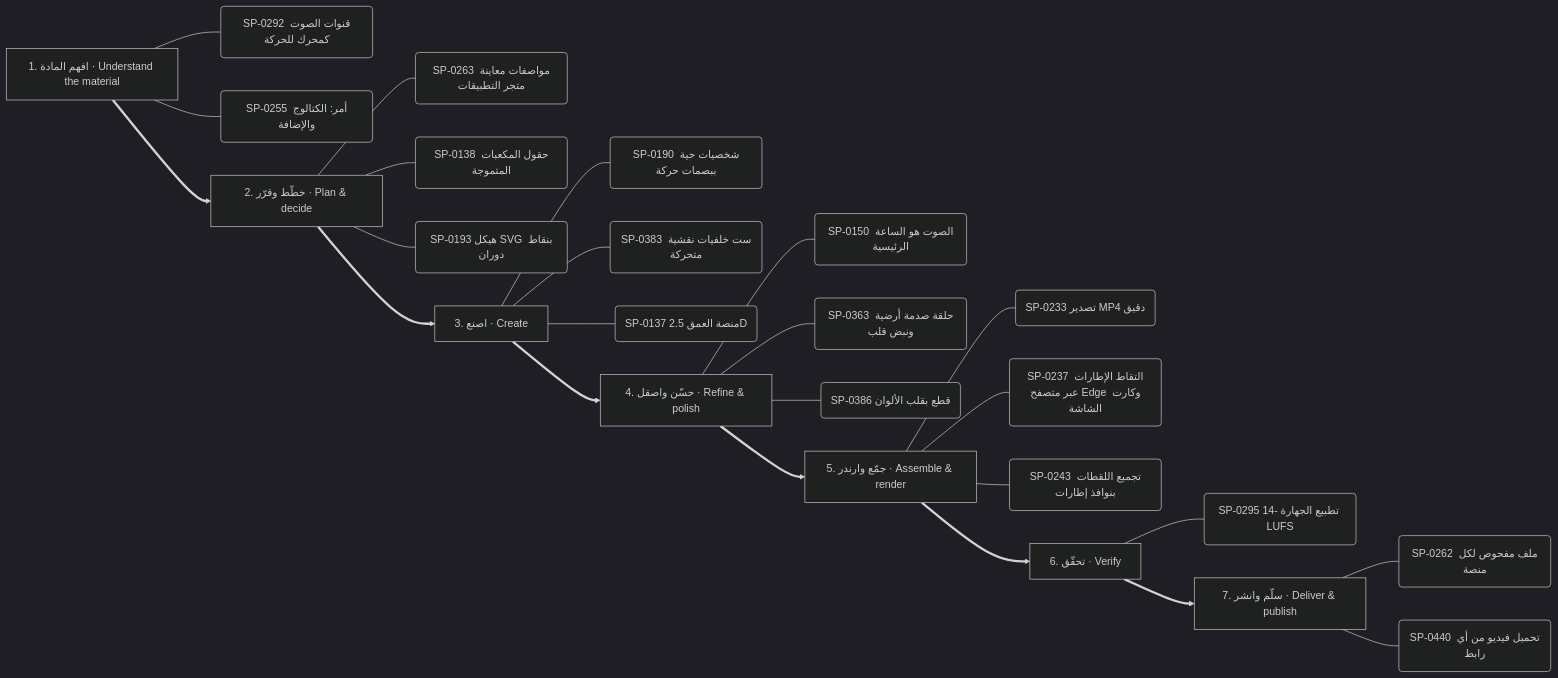
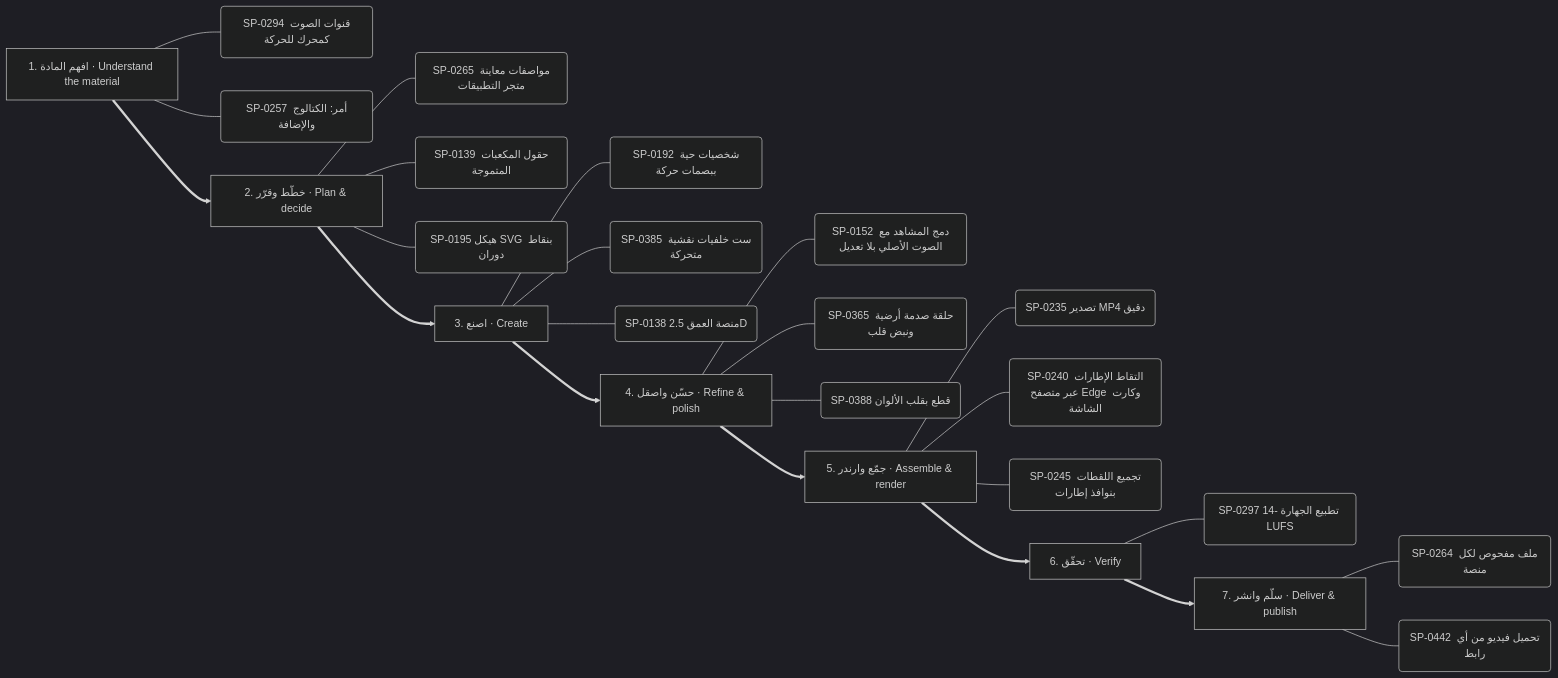
Before and after one commit to kosif199022-jpg/kosif-tool: the fourth of 13 diagrams in .claude/skills/kosif-superpowers/references/capability-mindmap.md, drawn with Mermaid (dark theme). The commit also changed other lines of this file and 67 other files, not shown here.

````diff
--- a/.claude/skills/kosif-superpowers/references/capability-mindmap.md
+++ b/.claude/skills/kosif-superpowers/references/capability-mindmap.md
@@ -227,33 +228,33 @@
 ```mermaid
 flowchart LR
   S0["1. افهم المادة · Understand the material"]
-  S0 --- S0_0("SP-0292 قنوات الصوت كمحرك للحركة")
-  S0 --- S0_1("SP-0255 أمر: الكتالوج والإضافة")
+  S0 --- S0_0("SP-0294 قنوات الصوت كمحرك للحركة")
+  S0 --- S0_1("SP-0257 أمر: الكتالوج والإضافة")
   S1["2. خطّط وقرّر · Plan & decide"]
-  S1 --- S1_0("SP-0263 مواصفات معاينة متجر التطبيقات")
-  S1 --- S1_1("SP-0138 حقول المكعبات المتموجة")
-  S1 --- S1_2("SP-0193 هيكل SVG بنقاط دوران")
+  S1 --- S1_0("SP-0265 مواصفات معاينة متجر التطبيقات")
+  S1 --- S1_1("SP-0139 حقول المكعبات المتموجة")
+  S1 --- S1_2("SP-0195 هيكل SVG بنقاط دوران")
   S0 ==> S1
   S2["3. اصنع · Create"]
-  S2 --- S2_0("SP-0190 شخصيات حية ببصمات حركة")
-  S2 --- S2_1("SP-0383 ست خلفيات نقشية متحركة")
-  S2 --- S2_2("SP-0137 منصة العمق 2.5D")
+  S2 --- S2_0("SP-0192 شخصيات حية ببصمات حركة")
+  S2 --- S2_1("SP-0385 ست خلفيات نقشية متحركة")
+  S2 --- S2_2("SP-0138 منصة العمق 2.5D")
   S1 ==> S2
   S3["4. حسّن واصقل · Refine & polish"]
-  S3 --- S3_0("SP-0150 الصوت هو الساعة الرئيسية")
-  S3 --- S3_1("SP-0363 حلقة صدمة أرضية ونبض قلب")
-  S3 --- S3_2("SP-0386 قطع بقلب الألوان")
+  S3 --- S3_0("SP-0152 دمج المشاهد مع الصوت الأصلي بلا تعديل")
+  S3 --- S3_1("SP-0365 حلقة صدمة أرضية ونبض قلب")
+  S3 --- S3_2("SP-0388 قطع بقلب الألوان")
   S2 ==> S3
   S4["5. جمّع وارندر · Assemble & render"]
-  S4 --- S4_0("SP-0233 تصدير MP4 دقيق")
-  S4 --- S4_1("SP-0237 التقاط الإطارات عبر متصفح Edge وكارت الشاشة")
-  S4 --- S4_2("SP-0243 تجميع اللقطات بنوافذ إطارات")
+  S4 --- S4_0("SP-0235 تصدير MP4 دقيق")
+  S4 --- S4_1("SP-0240 التقاط الإطارات عبر متصفح Edge وكارت الشاشة")
+  S4 --- S4_2("SP-0245 تجميع اللقطات بنوافذ إطارات")
   S3 ==> S4
   S5["6. تحقّق · Verify"]
-  S5 --- S5_0("SP-0295 تطبيع الجهارة -14 LUFS")
+  S5 --- S5_0("SP-0297 تطبيع الجهارة -14 LUFS")
   S4 ==> S5
   S6["7. سلّم وانشر · Deliver & publish"]
-  S6 --- S6_0("SP-0262 ملف مفحوص لكل منصة")
-  S6 --- S6_1("SP-0440 تحميل فيديو من أي رابط")
+  S6 --- S6_0("SP-0264 ملف مفحوص لكل منصة")
+  S6 --- S6_1("SP-0442 تحميل فيديو من أي رابط")
   S5 ==> S6
 ```
````
